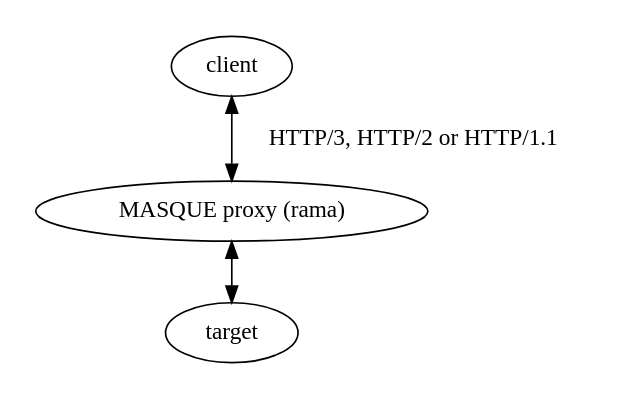
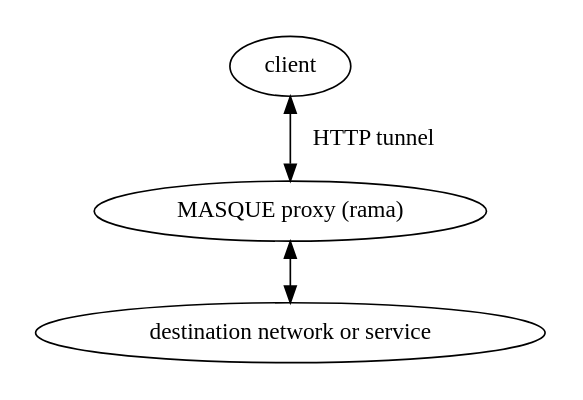
One commit to plabayo/rama changed the diagram in docs/book/src/proxies/masque.md. Above: the diagram before and after it, drawn with Graphviz. The commit also changed other lines of this file and 83 other files, not shown here.

````diff
--- a/docs/book/src/proxies/masque.md
+++ b/docs/book/src/proxies/masque.md
@@ -10,7 +16,7 @@
 ```dot process
 digraph {
     pad=0.2;
-    "client" -> "MASQUE proxy (rama)" [dir=both, label=" HTTP/3, HTTP/2 or HTTP/1.1 "]
-    "MASQUE proxy (rama)" -> "target" [dir=both]
+    "client" -> "MASQUE proxy (rama)" [dir=both, label=" HTTP tunnel "]
+    "MASQUE proxy (rama)" -> "destination network or service" [dir=both]
 }
 ```
````
